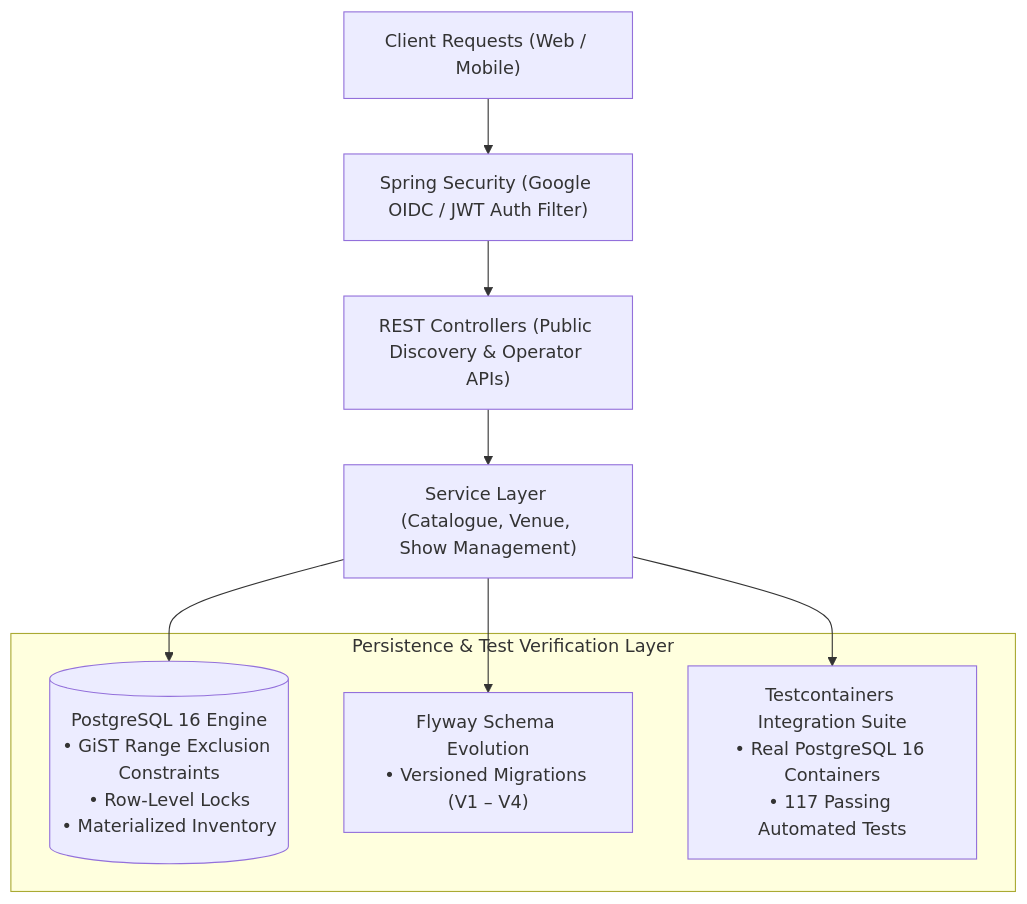
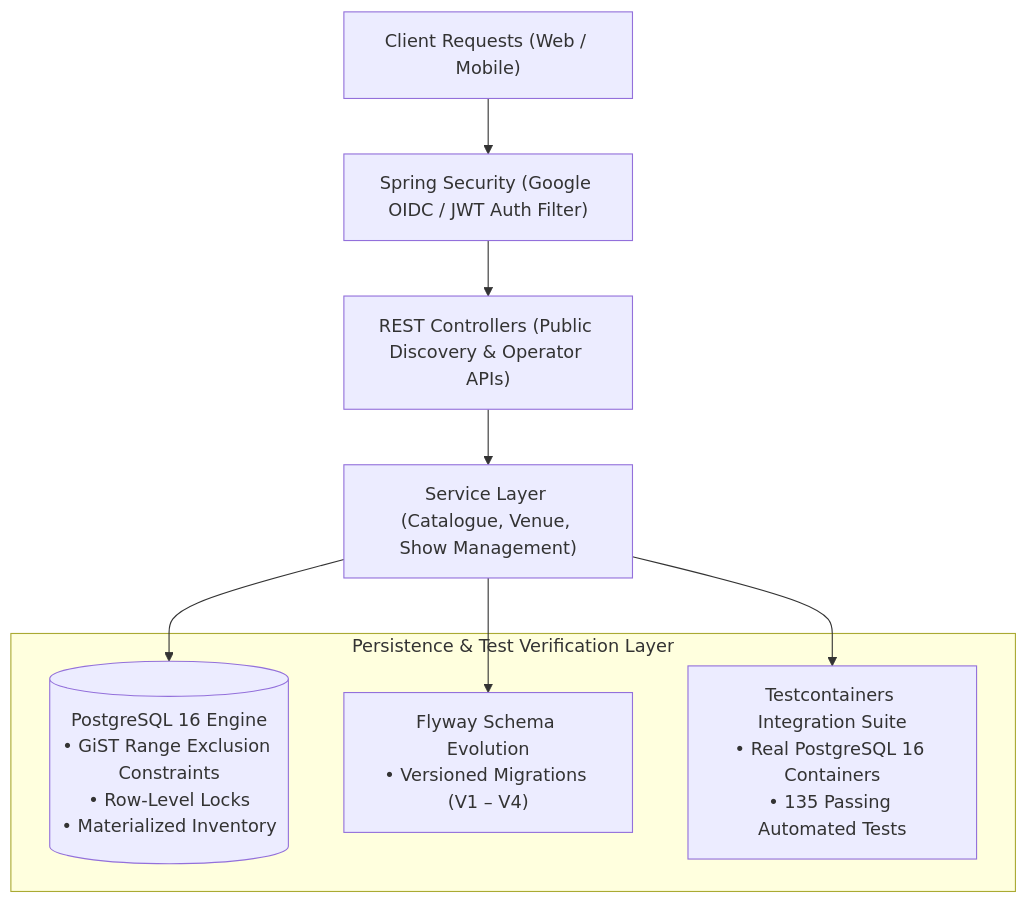
The diagram in README.md (AmanPrasadDev/bookit-platform), drawn with Mermaid before and after one commit. The commit also changed other lines of this file and 3 other files, not shown here.

````diff
--- a/README.md
+++ b/README.md
@@ -27,20 +27,20 @@
 ```mermaid
 flowchart TD
     Client["Client Requests (Web / Mobile)"]
     Security["Spring Security (Google OIDC / JWT Auth Filter)"]
     Controllers["REST Controllers (Public Discovery & Operator APIs)"]
     Service["Service Layer (Catalogue, Venue, Show Management)"]
     
     subgraph Data ["Persistence & Test Verification Layer"]
         Postgres[("PostgreSQL 16 Engine<br/>• GiST Range Exclusion Constraints<br/>• Row-Level Locks<br/>• Materialized Inventory")]
         Flyway["Flyway Schema Evolution<br/>• Versioned Migrations (V1 – V4)"]
-        Testcontainers["Testcontainers Integration Suite<br/>• Real PostgreSQL 16 Containers<br/>• 117 Passing Automated Tests"]
+        Testcontainers["Testcontainers Integration Suite<br/>• Real PostgreSQL 16 Containers<br/>• 135 Passing Automated Tests"]
     end
 
     Client --> Security
     Security --> Controllers
     Controllers --> Service
     Service --> Postgres
     Service --> Flyway
     Service --> Testcontainers
 ```
````
